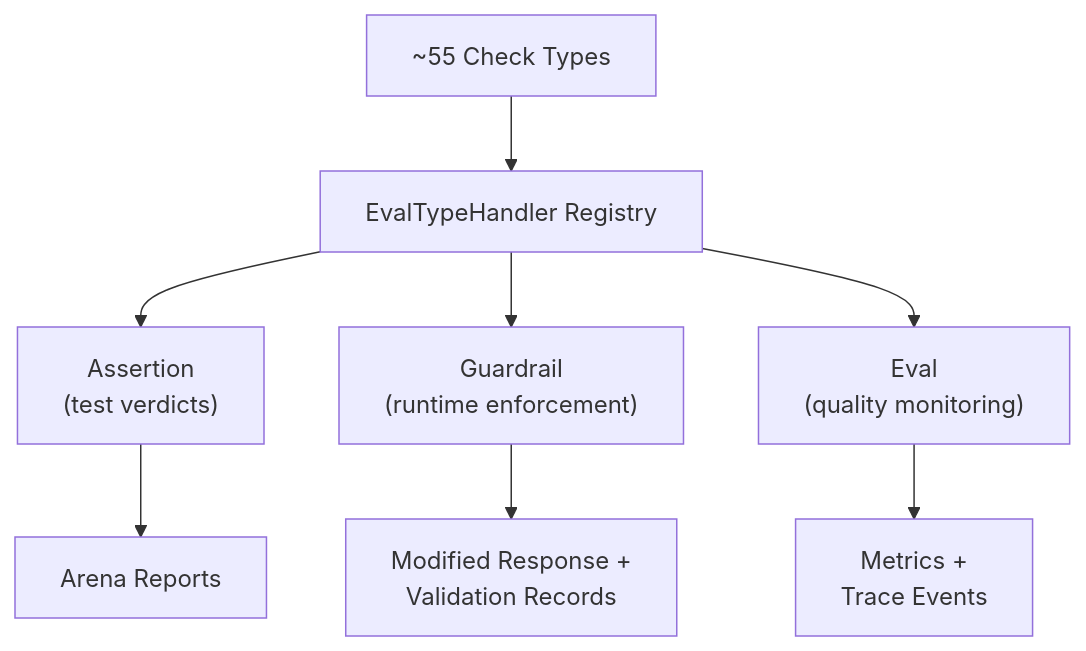
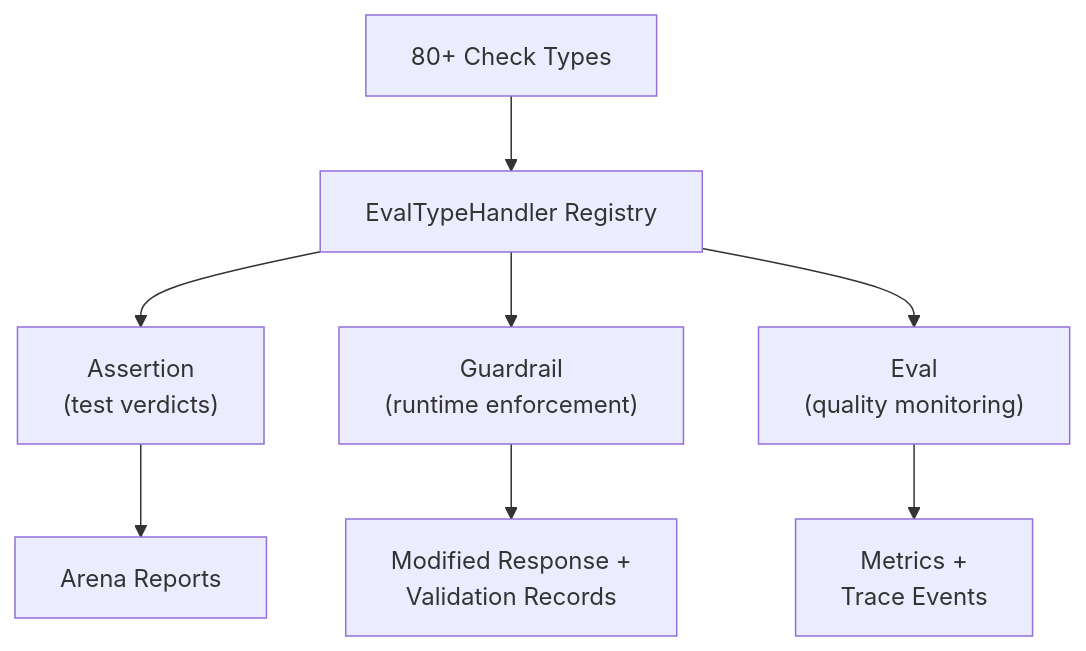
The diagram in docs/src/content/docs/concepts/validation.md (AltairaLabs/PromptKit), drawn with Mermaid before and after one commit. The commit also changed other lines of this file and 113 other files, not shown here.

````diff
--- a/docs/src/content/docs/concepts/validation.md
+++ b/docs/src/content/docs/concepts/validation.md
@@ -24,10 +47,10 @@
 ```mermaid
 graph TD
-    A["~55 Check Types"] --> B["EvalTypeHandler Registry"]
+    A["80+ Check Types"] --> B["EvalTypeHandler Registry"]
     B --> C["Assertion<br/>(test verdicts)"]
     B --> D["Guardrail<br/>(runtime enforcement)"]
     B --> E["Eval<br/>(quality monitoring)"]
     C --> F["Arena Reports"]
     D --> G["Modified Response +<br/>Validation Records"]
     E --> H["Metrics +<br/>Trace Events"]
 ```
````
